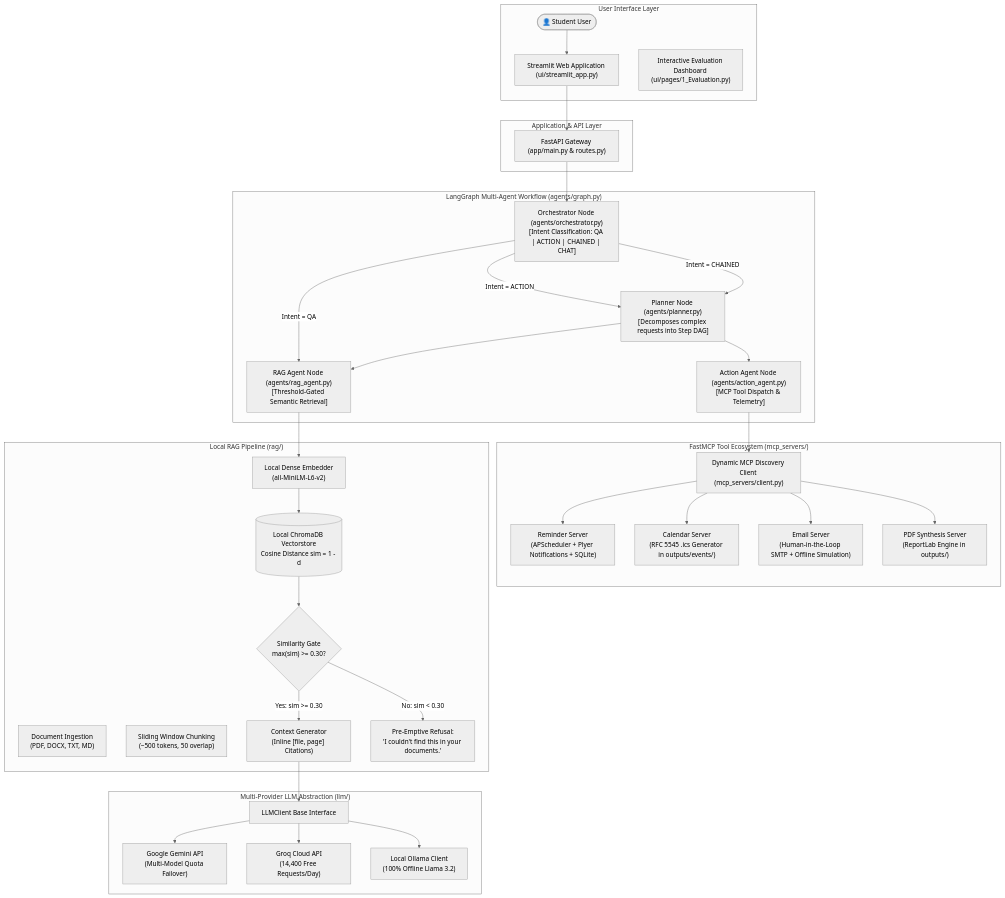
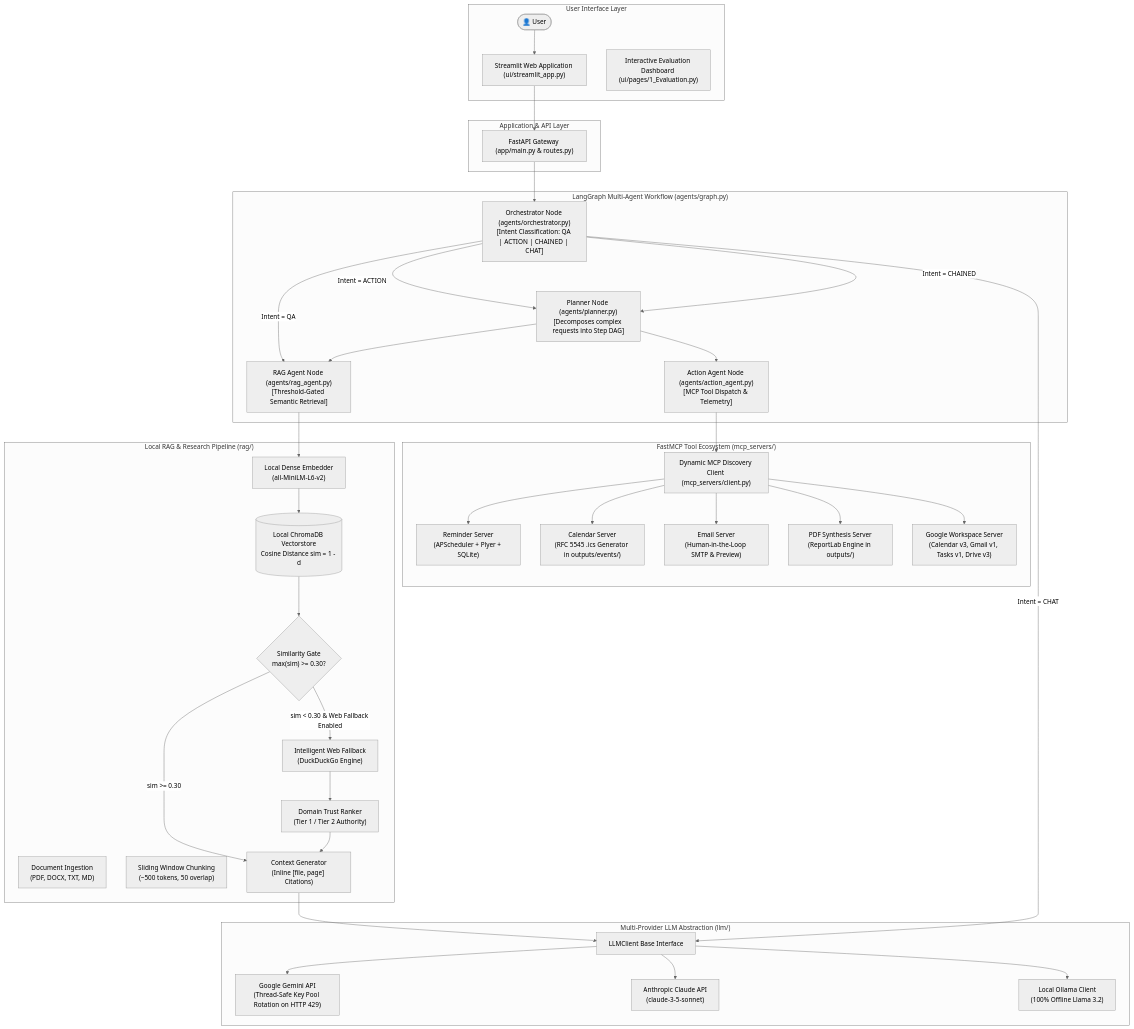
Before and after one commit to anandshankar-creator/rag-mcp-assistant: the diagram in README.md, drawn with Mermaid (neutral theme). The commit also changed other lines of this file and 91 other files, not shown here.

````diff
--- a/README.md
+++ b/README.md
@@ -22,71 +22,77 @@
 ```mermaid
 flowchart TD
     subgraph UI ["User Interface Layer"]
-        User(["👤 Student User"])
+        User(["👤 User"])
         StreamlitUI["Streamlit Web Application (ui/streamlit_app.py)"]
         EvalUI["Interactive Evaluation Dashboard (ui/pages/1_Evaluation.py)"]
     end
 
     subgraph API ["Application & API Layer"]
         FastAPIServer["FastAPI Gateway (app/main.py & routes.py)"]
     end
 
     subgraph StateMachine ["LangGraph Multi-Agent Workflow (agents/graph.py)"]
         Orchestrator["Orchestrator Node (agents/orchestrator.py)\n[Intent Classification: QA | ACTION | CHAINED | CHAT]"]
         Planner["Planner Node (agents/planner.py)\n[Decomposes complex requests into Step DAG]"]
         RAGAgentNode["RAG Agent Node (agents/rag_agent.py)\n[Threshold-Gated Semantic Retrieval]"]
         ActionAgentNode["Action Agent Node (agents/action_agent.py)\n[MCP Tool Dispatch & Telemetry]"]
     end
 
-    subgraph RAGCore ["Local RAG Pipeline (rag/)"]
+    subgraph RAGCore ["Local RAG & Research Pipeline (rag/)"]
         DocIngest["Document Ingestion\n(PDF, DOCX, TXT, MD)"]
         Chunker["Sliding Window Chunking\n(~500 tokens, 50 overlap)"]
         LocalEmbedder["Local Dense Embedder\n(all-MiniLM-L6-v2)"]
         ChromaStore[("Local ChromaDB Vectorstore\nCosine Distance sim = 1 - d")]
         RefusalGate{"Similarity Gate\nmax(sim) >= 0.30?"}
         RAGGenerator["Context Generator\n(Inline [file, page] Citations)"]
-        RefusalAnswer["Pre-Emptive Refusal:\n'I couldn't find this in your documents.'"]
+        WebFallback["Intelligent Web Fallback\n(DuckDuckGo Engine)"]
+        TrustRanker["Domain Trust Ranker\n(Tier 1 / Tier 2 Authority)"]
     end
 
     subgraph MCPCore ["FastMCP Tool Ecosystem (mcp_servers/)"]
         MCPClient["Dynamic MCP Discovery Client (mcp_servers/client.py)"]
-        ReminderServer["Reminder Server\n(APScheduler + Plyer Notifications + SQLite)"]
+        ReminderServer["Reminder Server\n(APScheduler + Plyer + SQLite)"]
         CalendarServer["Calendar Server\n(RFC 5545 .ics Generator in outputs/events/)"]
-        EmailServer["Email Server\n(Human-in-the-Loop SMTP + Offline Simulation)"]
+        EmailServer["Email Server\n(Human-in-the-Loop SMTP & Preview)"]
         PDFServer["PDF Synthesis Server\n(ReportLab Engine in outputs/)"]
+        GoogleServicesServer["Google Workspace Server\n(Calendar v3, Gmail v1, Tasks v1, Drive v3)"]
     end
 
     subgraph LLMProviders ["Multi-Provider LLM Abstraction (llm/)"]
         LLMBase["LLMClient Base Interface"]
-        GeminiClient["Google Gemini API\n(Multi-Model Quota Failover)"]
-        GroqClient["Groq Cloud API\n(14,400 Free Requests/Day)"]
+        GeminiClient["Google Gemini API\n(Thread-Safe Key Pool Rotation on HTTP 429)"]
+        ClaudeClient["Anthropic Claude API\n(claude-3-5-sonnet)"]
         OllamaClient["Local Ollama Client\n(100% Offline Llama 3.2)"]
     end
 
     User --> StreamlitUI
     StreamlitUI --> FastAPIServer
     FastAPIServer --> Orchestrator
 
     Orchestrator -->|Intent = QA| RAGAgentNode
     Orchestrator -->|Intent = ACTION| Planner
     Orchestrator -->|Intent = CHAINED| Planner
+    Orchestrator -->|Intent = CHAT| LLMBase
     Planner --> RAGAgentNode
     Planner --> ActionAgentNode
 
     RAGAgentNode --> LocalEmbedder
     LocalEmbedder --> ChromaStore
     ChromaStore --> RefusalGate
-    RefusalGate -->|Yes: sim >= 0.30| RAGGenerator
-    RefusalGate -->|No: sim < 0.30| RefusalAnswer
+    RefusalGate -->|sim >= 0.30| RAGGenerator
+    RefusalGate -->|sim < 0.30 & Web Fallback Enabled| WebFallback
+    WebFallback --> TrustRanker
+    TrustRanker --> RAGGenerator
     RAGGenerator --> LLMBase
 
     ActionAgentNode --> MCPClient
     MCPClient --> ReminderServer
     MCPClient --> CalendarServer
     MCPClient --> EmailServer
     MCPClient --> PDFServer
+    MCPClient --> GoogleServicesServer
 
     LLMBase --> GeminiClient
-    LLMBase --> GroqClient
+    LLMBase --> ClaudeClient
     LLMBase --> OllamaClient
 ```
````
